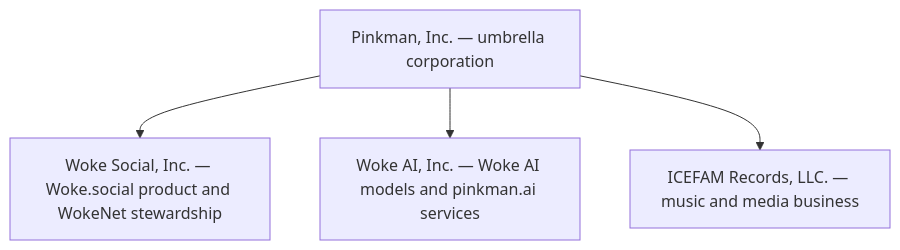
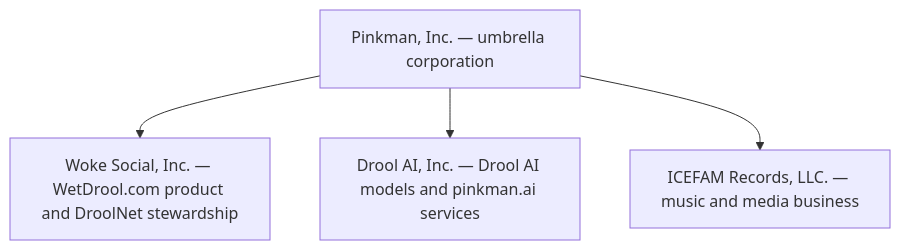
One commit to droolson/wetdrool changed the first of 2 diagrams in docs/ORGANIZATION.md. Above: the diagram before and after it, drawn with Mermaid. The commit also changed other lines of this file and 588 other files, not shown here.

````diff
--- a/docs/ORGANIZATION.md
+++ b/docs/ORGANIZATION.md
@@ -11,10 +11,10 @@
 ```mermaid
 flowchart TD
   Pinkman["Pinkman, Inc. — umbrella corporation"]
-  Social["Woke Social, Inc. — Woke.social product and WokeNet stewardship"]
-  AI["Woke AI, Inc. — Woke AI models and pinkman.ai services"]
+  Social["Woke Social, Inc. — WetDrool.com product and DroolNet stewardship"]
+  AI["Drool AI, Inc. — Drool AI models and pinkman.ai services"]
   Records["ICEFAM Records, LLC. — music and media business"]
   Pinkman --> Social
   Pinkman --> AI
   Pinkman --> Records
 ```
````
